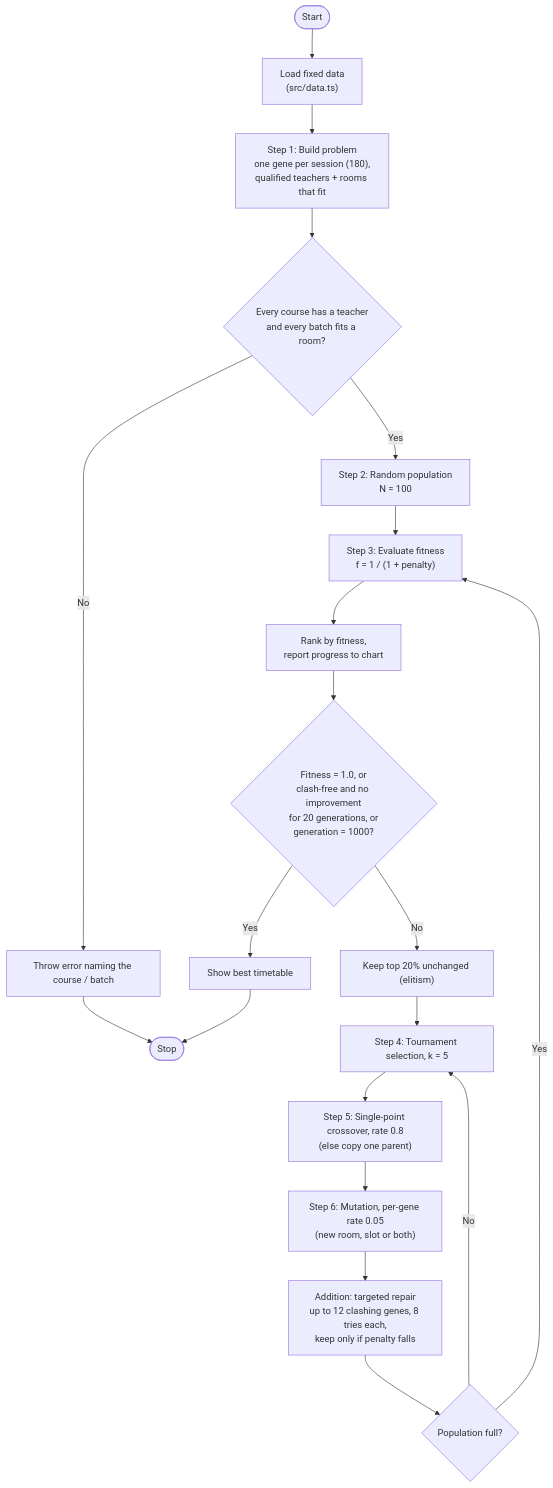
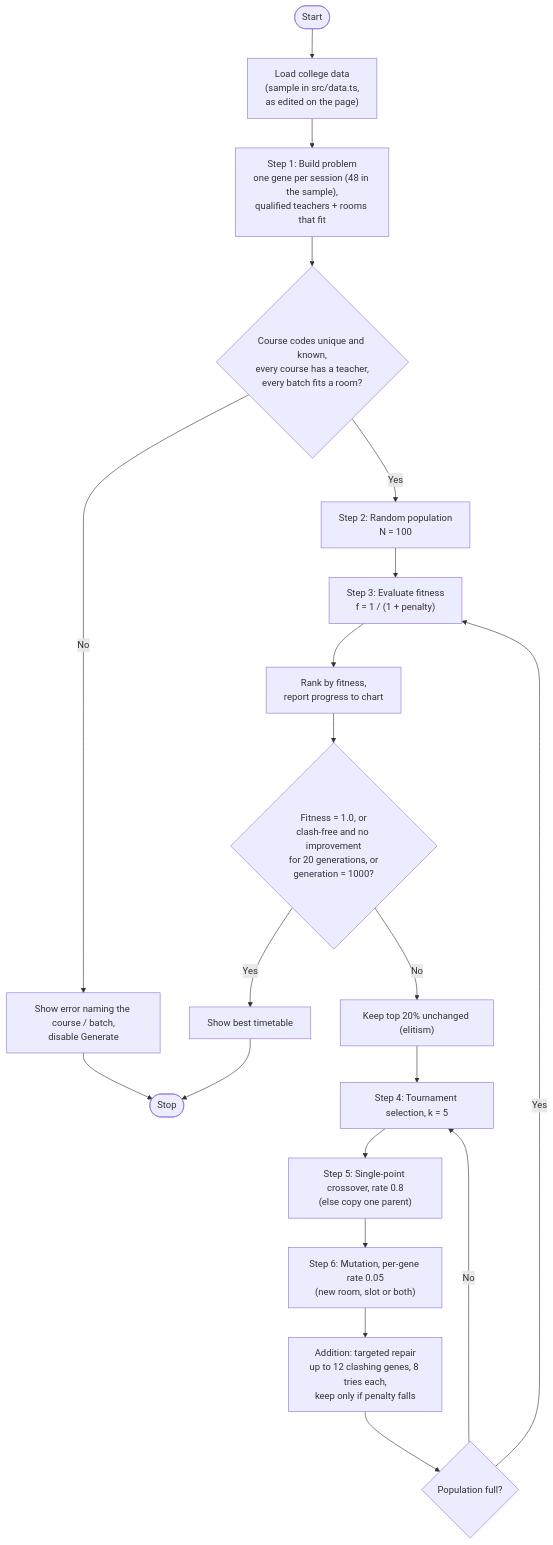
The second of 4 diagrams in docs/UML.md (prajwalbasnet4400/schedular), drawn with Mermaid before and after one commit. The commit also changed other lines of this file and 20 other files, not shown here.

First line of the commit message:
Add editable data and parameters, shrink sample data, annotate

````diff
--- a/docs/UML.md
+++ b/docs/UML.md
@@ -41,20 +45,20 @@
 ```mermaid
 flowchart TD
-  Start([Start]) --> Load["Load fixed data<br/>(src/data.ts)"]
-  Load --> Expand["Step 1: Build problem<br/>one gene per session (180),<br/>qualified teachers + rooms that fit"]
-  Expand --> Valid{"Every course has a teacher<br/>and every batch fits a room?"}
-  Valid -->|No| Error["Throw error naming the course / batch"] --> Stop([Stop])
+  Start([Start]) --> Load["Load college data<br/>(sample in src/data.ts,<br/>as edited on the page)"]
+  Load --> Expand["Step 1: Build problem<br/>one gene per session (48 in the sample),<br/>qualified teachers + rooms that fit"]
+  Expand --> Valid{"Course codes unique and known,<br/>every course has a teacher,<br/>every batch fits a room?"}
+  Valid -->|No| Error["Show error naming the course / batch,<br/>disable Generate"] --> Stop([Stop])
   Valid -->|Yes| Init["Step 2: Random population<br/>N = 100"]
   Init --> Eval["Step 3: Evaluate fitness<br/>f = 1 / (1 + penalty)"]
   Eval --> Rank["Rank by fitness,<br/>report progress to chart"]
   Rank --> Done{"Fitness = 1.0, or<br/>clash-free and no improvement<br/>for 20 generations, or<br/>generation = 1000?"}
   Done -->|Yes| Show["Show best timetable"] --> Stop
   Done -->|No| Elite["Keep top 20% unchanged (elitism)"]
   Elite --> Select["Step 4: Tournament selection, k = 5"]
   Select --> Cross["Step 5: Single-point crossover, rate 0.8<br/>(else copy one parent)"]
   Cross --> Mutate["Step 6: Mutation, per-gene rate 0.05<br/>(new room, slot or both)"]
   Mutate --> Repair["Addition: targeted repair<br/>up to 12 clashing genes, 8 tries each,<br/>keep only if penalty falls"]
   Repair --> Full{"Population full?"}
   Full -->|No| Select
   Full -->|Yes| Eval
 ```
````
